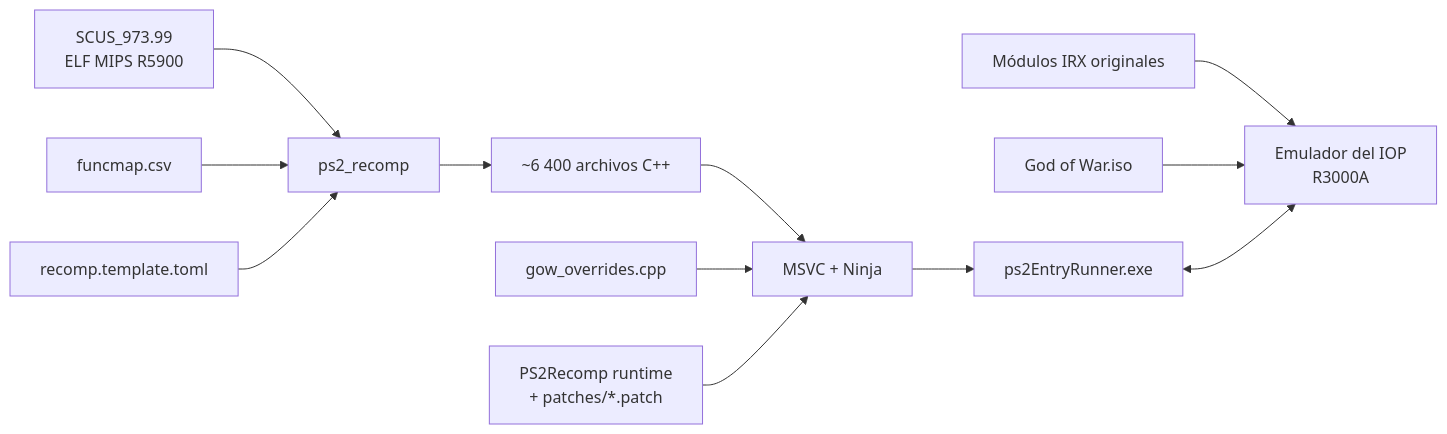
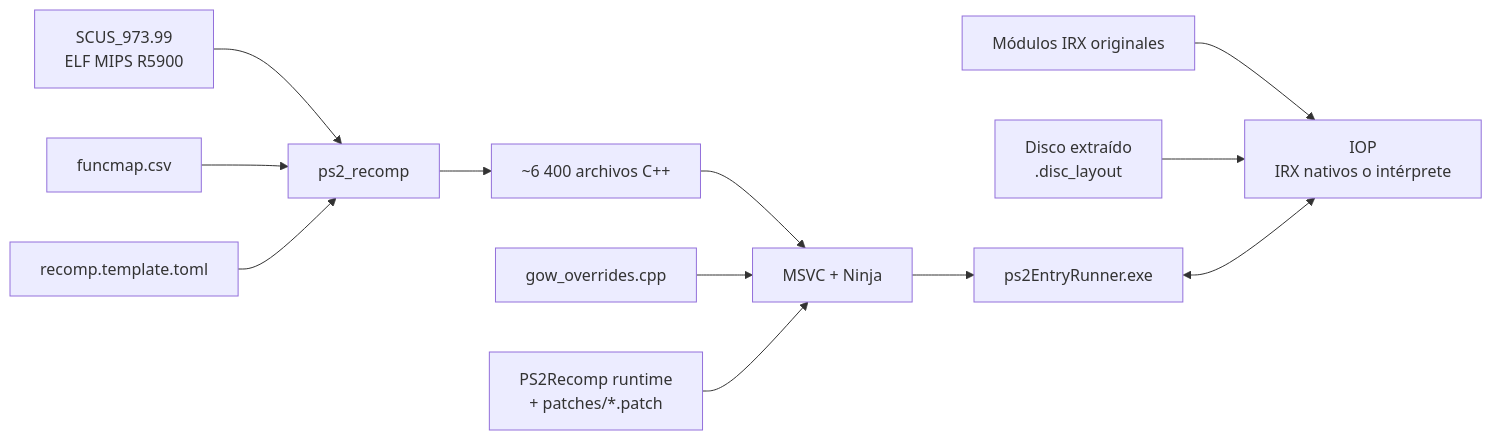
The diagram in README.es.md (igormcsouza/god-of-war-recomp), drawn with Mermaid before and after one commit. The commit also changed other lines of this file and 287 other files, not shown here.

````diff
--- a/README.es.md
+++ b/README.es.md
@@ -271,14 +211,14 @@
 ```mermaid
 flowchart LR
     A[SCUS_973.99<br/>ELF MIPS R5900] --> B[ps2_recomp]
     M[funcmap.csv] --> B
     C[recomp.template.toml] --> B
     B --> D[~6 400 archivos C++]
     D --> E[MSVC + Ninja]
     O[gow_overrides.cpp] --> E
     P["PS2Recomp runtime<br/>+ patches/*.patch"] --> E
     E --> F[ps2EntryRunner.exe]
-    I[Módulos IRX originales] --> G[Emulador del IOP<br/>R3000A]
-    ISO[God of War.iso] --> G
+    I[Módulos IRX originales] --> G[IOP<br/>IRX nativos o intérprete]
+    ISO["Disco extraído<br/>.disc_layout"] --> G
     F <--> G
 ```
````
